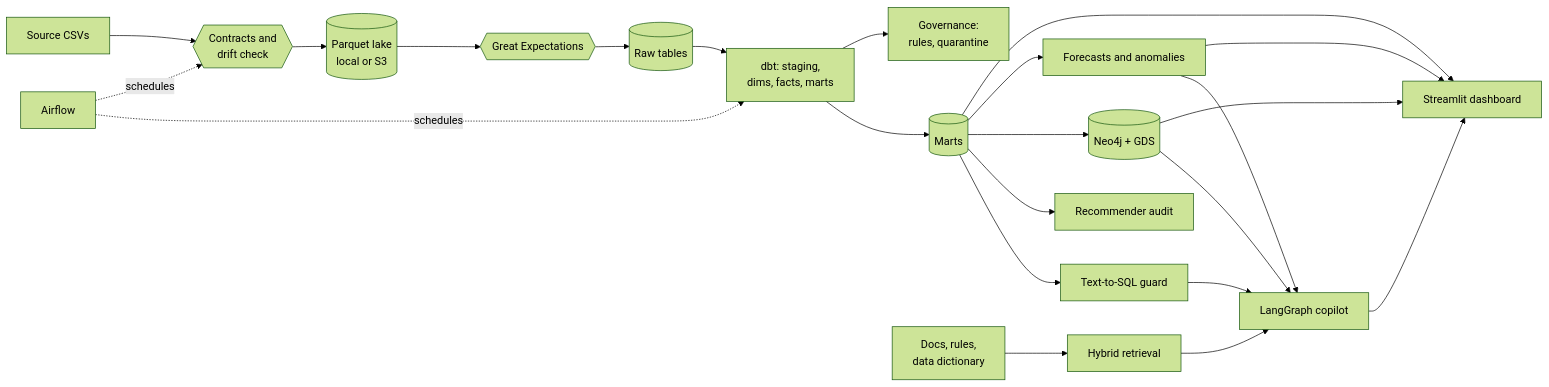
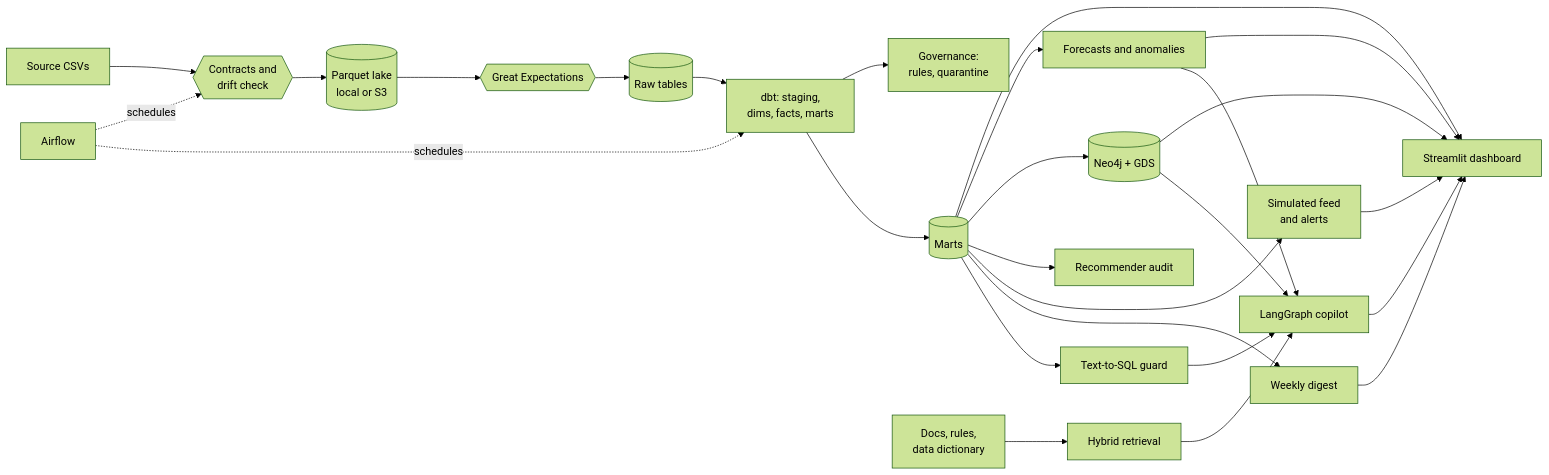
Before and after one commit to Dracula-5/zomato-data-analytics: the first of 2 diagrams in docs/ARCHITECTURE.md, drawn with Mermaid (forest theme). The commit also changed other lines of this file and 54 other files, not shown here.

````diff
--- a/docs/ARCHITECTURE.md
+++ b/docs/ARCHITECTURE.md
@@ -8,28 +8,32 @@
 ```mermaid
 flowchart LR
     CSV[Source CSVs] --> GATE{{Contracts and<br/>drift check}}
     GATE --> LAKE[(Parquet lake<br/>local or S3)]
     LAKE --> GX{{Great Expectations}}
     GX --> RAW[(Raw tables)]
     RAW --> DBT[dbt: staging,<br/>dims, facts, marts]
     DBT --> GOV[Governance:<br/>rules, quarantine]
     DBT --> MARTS[(Marts)]
 
     MARTS --> DASH[Streamlit dashboard]
     MARTS --> FC[Forecasts and anomalies]
     MARTS --> KG[(Neo4j + GDS)]
     MARTS --> REC[Recommender audit]
     FC --> DASH
     KG --> DASH
+    MARTS --> SIM[Simulated feed<br/>and alerts]
+    MARTS --> DIG[Weekly digest]
+    SIM --> DASH
+    DIG --> DASH
 
     DOCS[Docs, rules,<br/>data dictionary] --> RAG[Hybrid retrieval]
     MARTS --> SQL[Text-to-SQL guard]
     RAG --> COP[LangGraph copilot]
     SQL --> COP
     FC --> COP
     KG --> COP
     COP --> DASH
 
     AF[Airflow] -.schedules.-> GATE
     AF -.schedules.-> DBT
 ```
````
